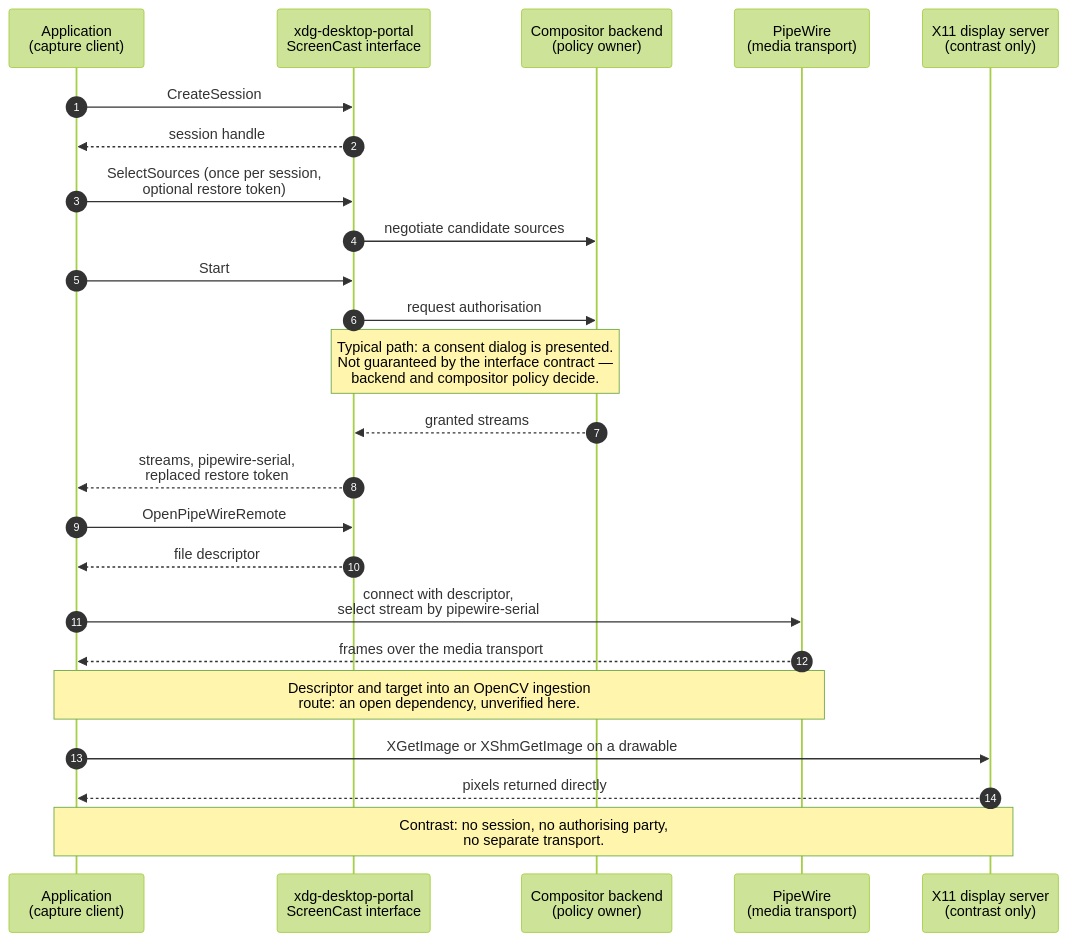
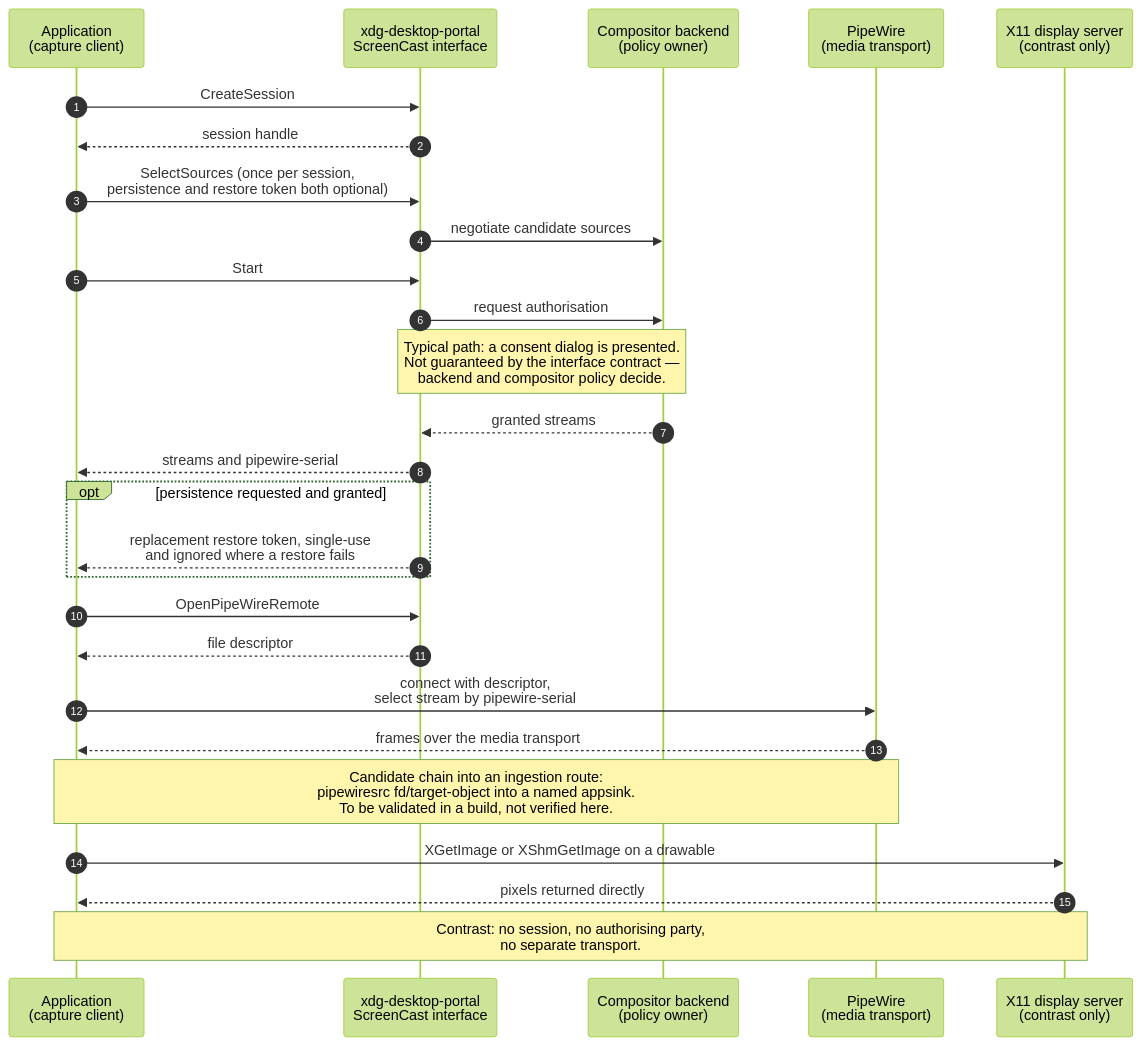
One commit to blitzy-public-samples/opencv changed the diagram in docs/screen-capture-ui/platform-capture-gap-assessment.md. Above: the diagram before and after it, drawn with Mermaid (forest theme). The commit also changed other lines of this file and 4 other files, not shown here.

````diff
--- a/docs/screen-capture-ui/platform-capture-gap-assessment.md
+++ b/docs/screen-capture-ui/platform-capture-gap-assessment.md
@@ -376,26 +470,29 @@
 ```mermaid
 sequenceDiagram
     autonumber
     participant App as Application<br/>(capture client)
     participant Portal as xdg-desktop-portal<br/>ScreenCast interface
     participant Comp as Compositor backend<br/>(policy owner)
     participant PW as PipeWire<br/>(media transport)
     participant X11 as X11 display server<br/>(contrast only)
     App->>Portal: CreateSession
     Portal-->>App: session handle
-    App->>Portal: SelectSources (once per session,<br/>optional restore token)
+    App->>Portal: SelectSources (once per session,<br/>persistence and restore token both optional)
     Portal->>Comp: negotiate candidate sources
     App->>Portal: Start
     Portal->>Comp: request authorisation
     Note over Portal,Comp: Typical path: a consent dialog is presented.<br/>Not guaranteed by the interface contract —<br/>backend and compositor policy decide.
     Comp-->>Portal: granted streams
-    Portal-->>App: streams, pipewire-serial,<br/>replaced restore token
+    Portal-->>App: streams and pipewire-serial
+    opt persistence requested and granted
+        Portal-->>App: replacement restore token, single-use<br/>and ignored where a restore fails
+    end
     App->>Portal: OpenPipeWireRemote
     Portal-->>App: file descriptor
     App->>PW: connect with descriptor,<br/>select stream by pipewire-serial
     PW-->>App: frames over the media transport
-    Note over App,PW: Descriptor and target into an OpenCV ingestion<br/>route: an open dependency, unverified here.
+    Note over App,PW: Candidate chain into an ingestion route:<br/>pipewiresrc fd/target-object into a named appsink.<br/>To be validated in a build, not verified here.
     App->>X11: XGetImage or XShmGetImage on a drawable
     X11-->>App: pixels returned directly
     Note over App,X11: Contrast: no session, no authorising party,<br/>no separate transport.
 ```
````
